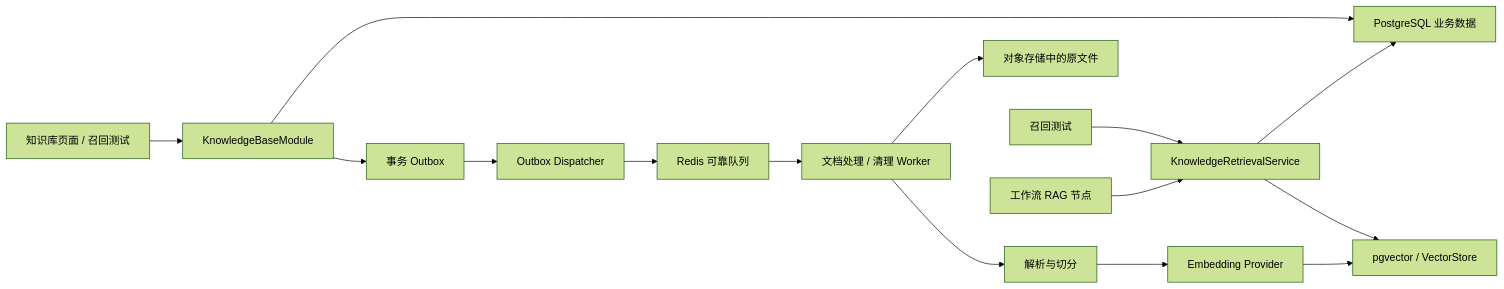
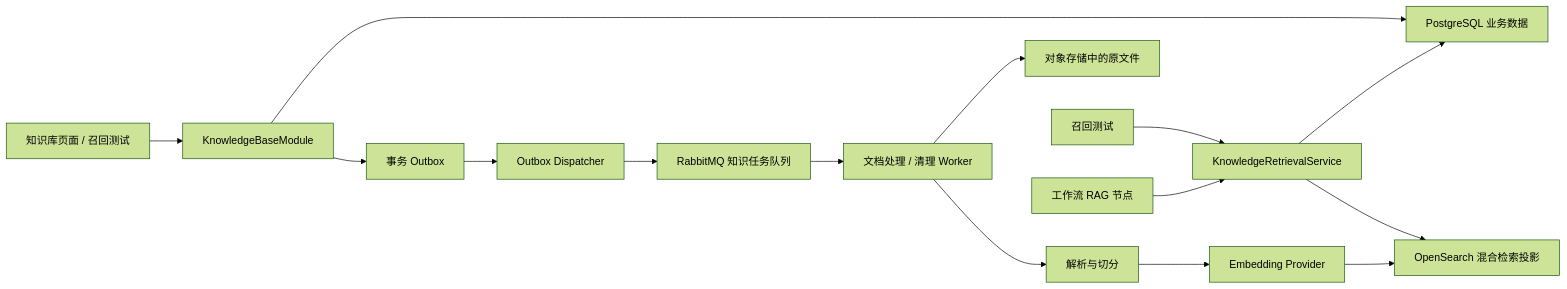
Before and after one commit to xiaotianna/ai-workflow: the first of 3 diagrams in docs/knowledge-base-design.md, drawn with Mermaid (forest theme). The commit also changed other lines of this file and 41 other files, not shown here.

````diff
--- a/docs/knowledge-base-design.md
+++ b/docs/knowledge-base-design.md
@@ -51,18 +60,18 @@
 ```mermaid
 flowchart LR
   Web["知识库页面 / 召回测试"] --> API["KnowledgeBaseModule"]
   API --> DB["PostgreSQL 业务数据"]
   API --> Outbox["事务 Outbox"]
   Outbox --> Dispatcher["Outbox Dispatcher"]
-  Dispatcher --> Queue["Redis 可靠队列"]
+  Dispatcher --> Queue["RabbitMQ 知识任务队列"]
   Queue --> Worker["文档处理 / 清理 Worker"]
   Worker --> Storage["对象存储中的原文件"]
   Worker --> Parser["解析与切分"]
   Parser --> Embed["Embedding Provider"]
-  Embed --> Vector["pgvector / VectorStore"]
+  Embed --> Vector["OpenSearch 混合检索投影"]
 
   Recall["召回测试"] --> Retrieval["KnowledgeRetrievalService"]
   RAG["工作流 RAG 节点"] --> Retrieval
   Retrieval --> DB
   Retrieval --> Vector
 ```
````
